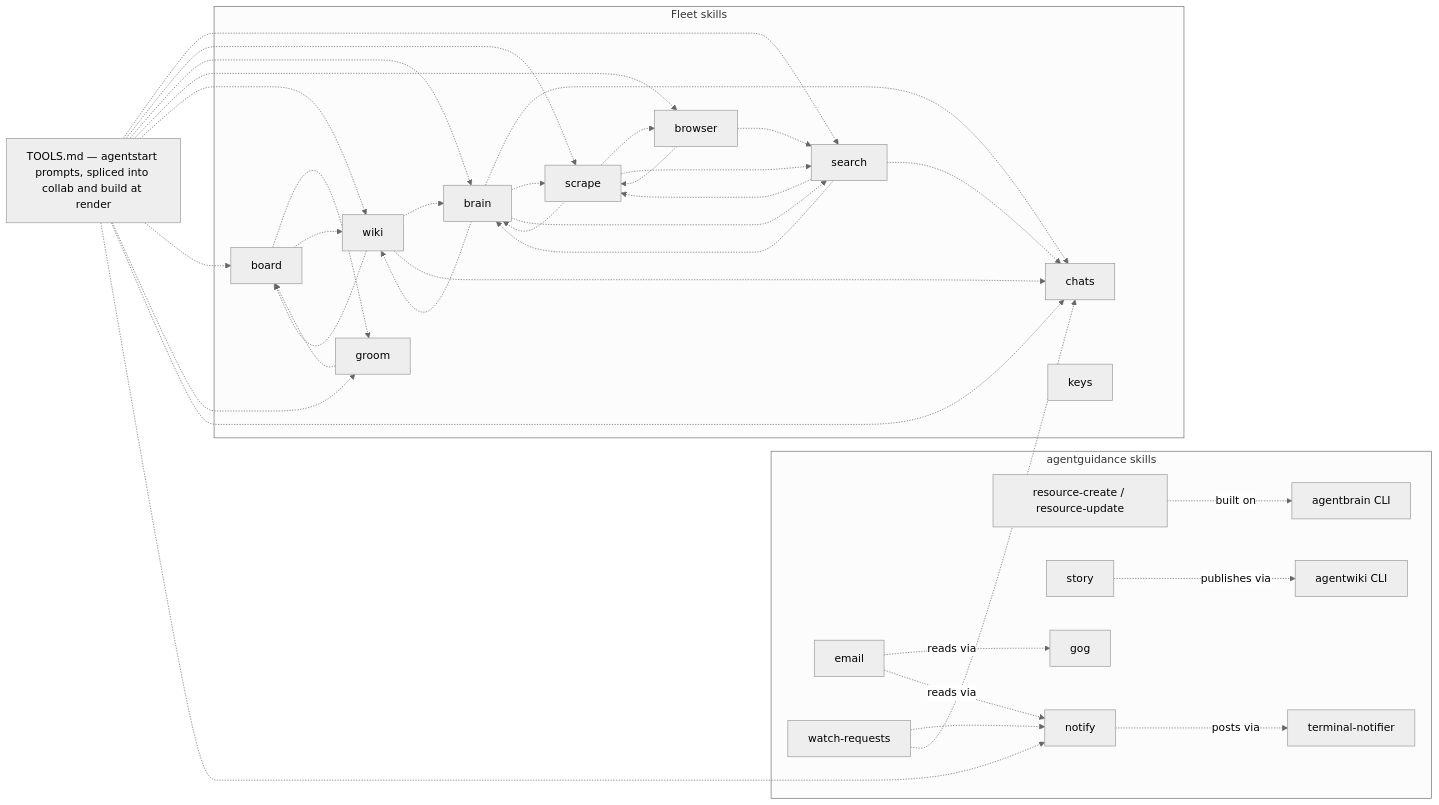
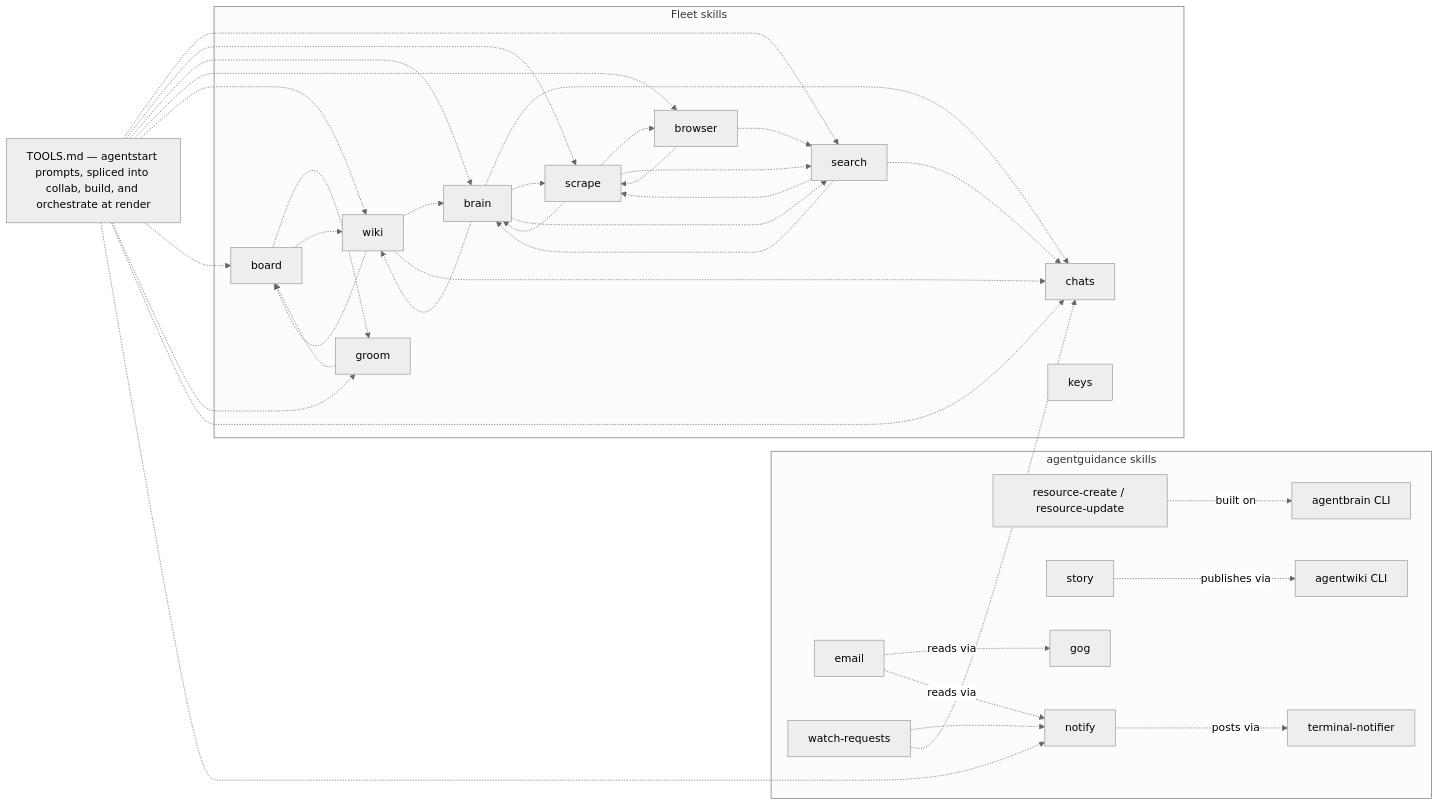
One commit to possibilities/agentdots changed the third of 3 diagrams in skills/fleet/MAP.md. Above: the diagram before and after it, drawn with Mermaid (neutral theme). The commit also changed other lines of this file and 5 other files, not shown here.

````diff
--- a/skills/fleet/MAP.md
+++ b/skills/fleet/MAP.md
@@ -86,26 +87,26 @@
 ```mermaid
 flowchart LR
     subgraph fleetSkills [Fleet skills]
         board -.-> groom & wiki
         groom -.-> board
         brain -.-> chats & scrape & search & wiki
         scrape -.-> brain & browser & search
         search -.-> brain & chats & scrape
         browser -.-> scrape & search
         wiki -.-> board & brain & chats
         chats
         keys
     end
 
     subgraph guidanceSkills [agentguidance skills]
         resource[resource-create / resource-update] -.->|built on| brainCli[agentbrain CLI]
         story -.->|publishes via| wikiCli[agentwiki CLI]
         notify -.->|posts via| notifierCli[terminal-notifier]
         email -.->|reads via| gogCli[gog] & notify
         watchRequests[watch-requests] -.-> notify
     end
 
     watchRequests -.-> chats
 
-    tools[TOOLS.md — agentstart prompts, spliced into collab and build at render] -.-> search & scrape & brain & browser & wiki & board & groom & chats & notify
+    tools[TOOLS.md — agentstart prompts, spliced into collab, build, and orchestrate at render] -.-> search & scrape & brain & browser & wiki & board & groom & chats & notify
 ```
````
